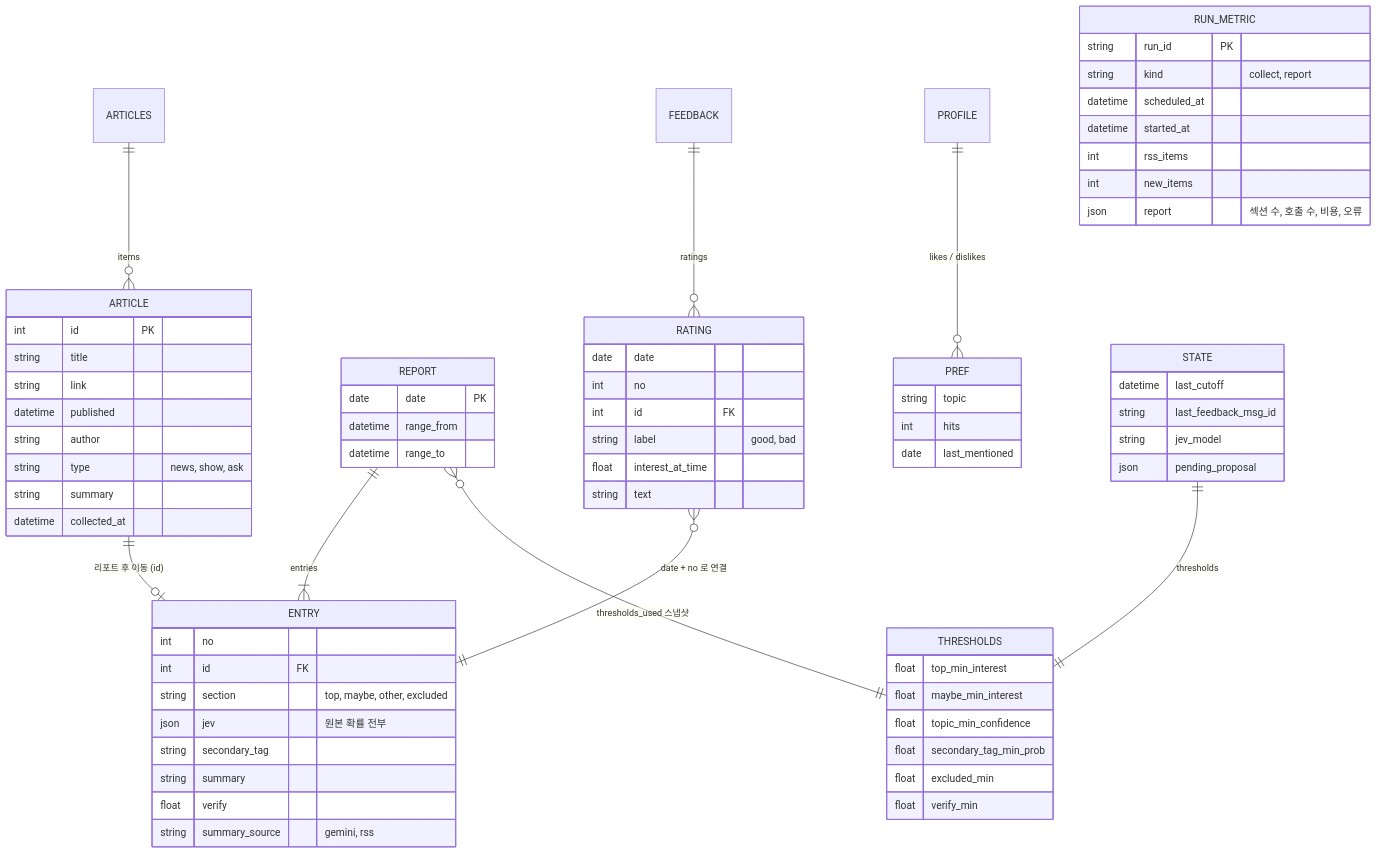
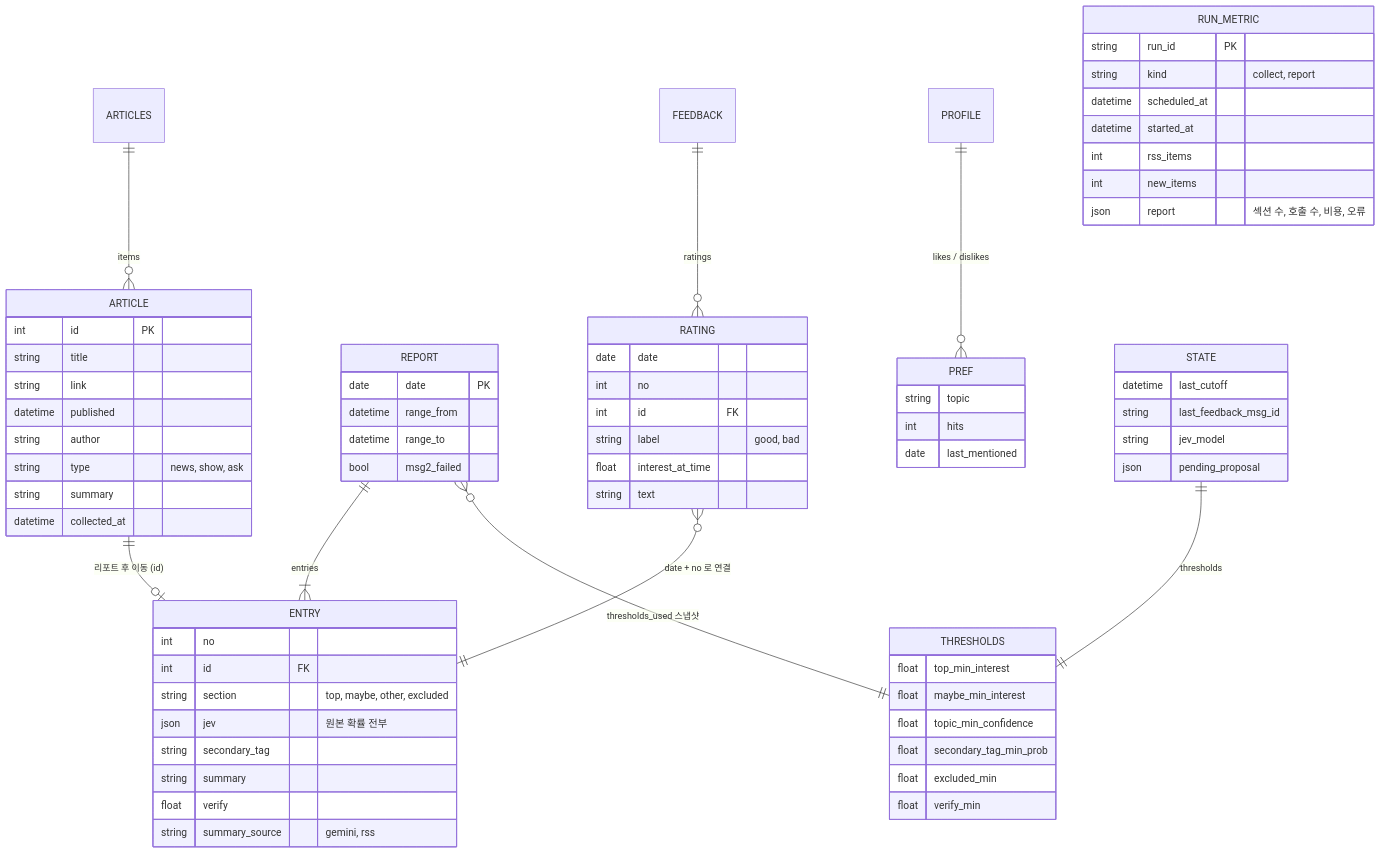
Before and after one commit to jomin4/pi-geeknews_digest: the diagram in docs/04-data-model.md, drawn with Mermaid. The commit also changed other lines of this file and 8 other files, not shown here.

````diff
--- a/docs/04-data-model.md
+++ b/docs/04-data-model.md
@@ -20,72 +20,73 @@
 ```mermaid
 erDiagram
   ARTICLES ||--o{ ARTICLE : "items"
   ARTICLE ||--o| ENTRY : "리포트 후 이동 (id)"
   REPORT ||--|{ ENTRY : "entries"
   FEEDBACK ||--o{ RATING : "ratings"
   RATING }o--|| ENTRY : "date + no 로 연결"
   PROFILE ||--o{ PREF : "likes / dislikes"
   STATE ||--|| THRESHOLDS : "thresholds"
   REPORT }o--|| THRESHOLDS : "thresholds_used 스냅샷"
   ARTICLE {
     int id PK
     string title
     string link
     datetime published
     string author
     string type "news, show, ask"
     string summary
     datetime collected_at
   }
   REPORT {
     date date PK
     datetime range_from
     datetime range_to
+    bool msg2_failed
   }
   ENTRY {
     int no
     int id FK
     string section "top, maybe, other, excluded"
     json jev "원본 확률 전부"
     string secondary_tag
     string summary
     float verify
     string summary_source "gemini, rss"
   }
   RATING {
     date date
     int no
     int id FK
     string label "good, bad"
     float interest_at_time
     string text
   }
   PREF {
     string topic
     int hits
     date last_mentioned
   }
   STATE {
     datetime last_cutoff
     string last_feedback_msg_id
     string jev_model
     json pending_proposal
   }
   THRESHOLDS {
     float top_min_interest
     float maybe_min_interest
     float topic_min_confidence
     float secondary_tag_min_prob
     float excluded_min
     float verify_min
   }
   RUN_METRIC {
     string run_id PK
     string kind "collect, report"
     datetime scheduled_at
     datetime started_at
     int rss_items
     int new_items
     json report "섹션 수, 호출 수, 비용, 오류"
   }
 ```
````
